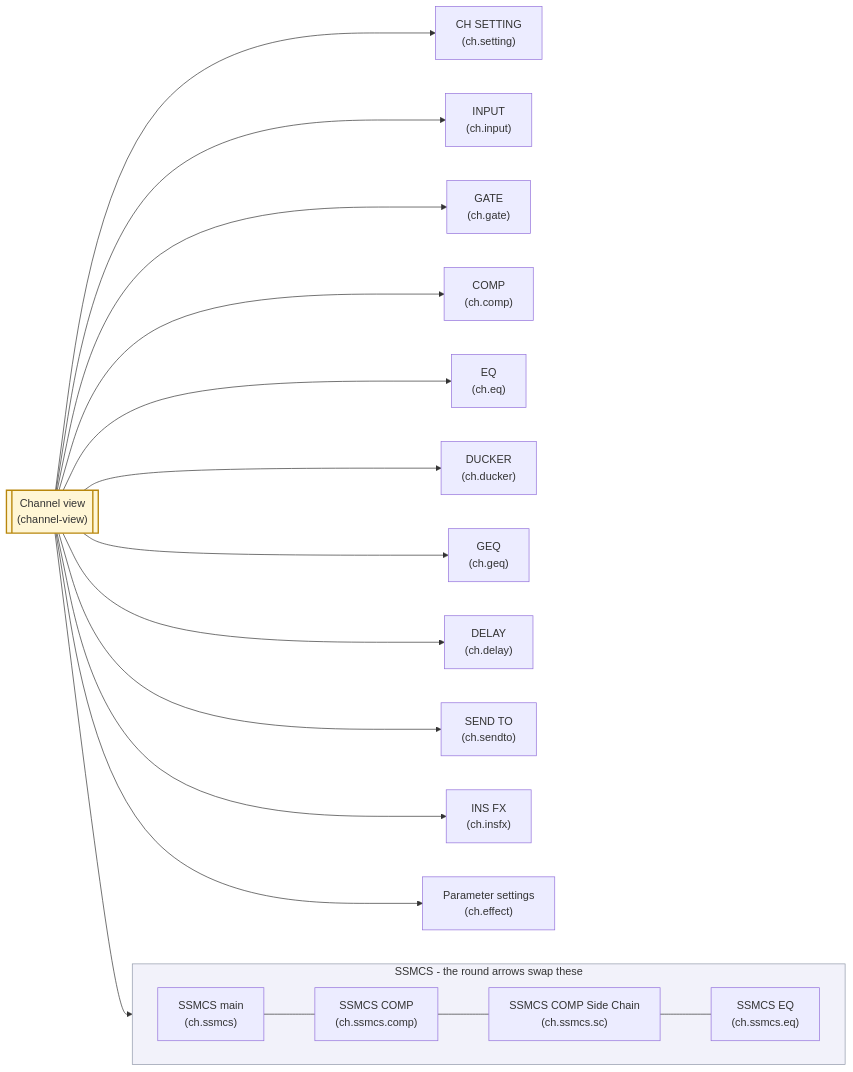
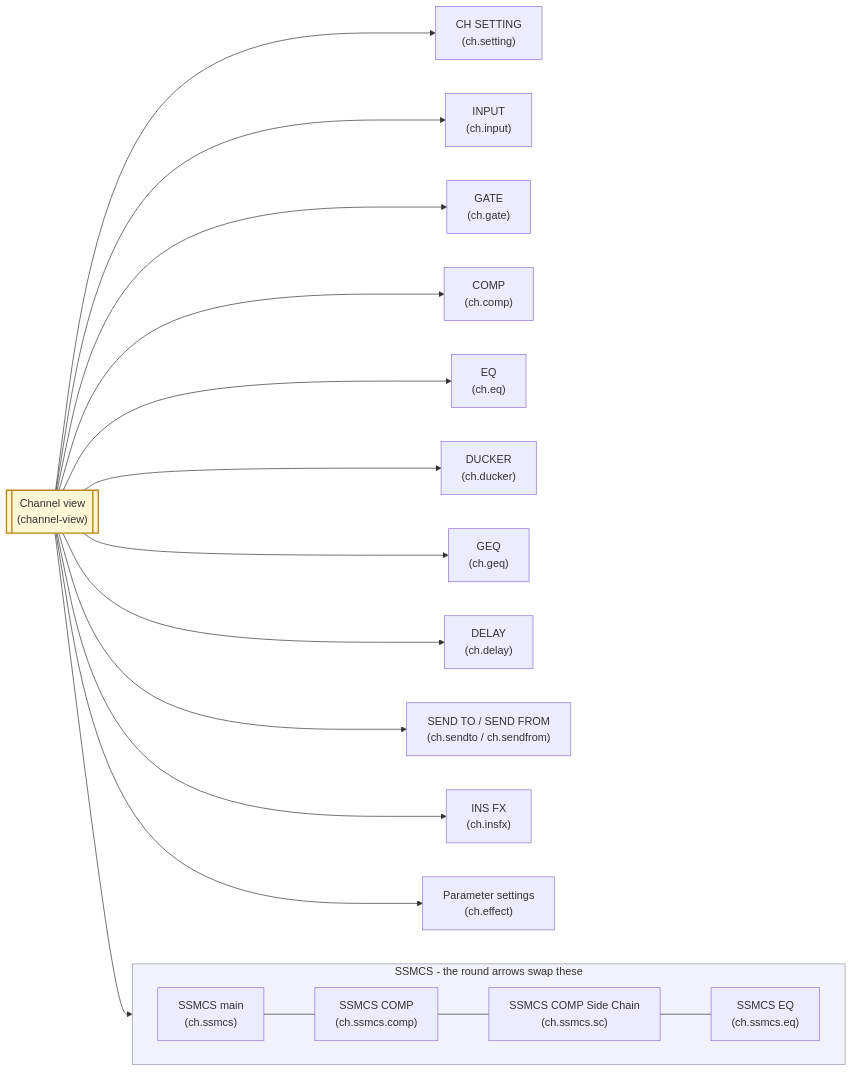
Before and after one commit to semnil/urx-lcd-sim: the second of 3 diagrams in docs/en/screen-map.md, drawn with Mermaid. The commit also changed 16 other files, not shown here.

````diff
--- a/docs/en/screen-map.md
+++ b/docs/en/screen-map.md
@@ -33,27 +33,27 @@
 ```mermaid
 flowchart LR
   CV[["Channel view<br>(channel-view)"]]:::ref
   CV --> CHSET["CH SETTING<br>(ch.setting)"]
   CV --> CHIN["INPUT<br>(ch.input)"]
   CV --> GATE["GATE<br>(ch.gate)"]
   CV --> COMP["COMP<br>(ch.comp)"]
   CV --> EQ["EQ<br>(ch.eq)"]
   CV --> DUCK["DUCKER<br>(ch.ducker)"]
   CV --> GEQ["GEQ<br>(ch.geq)"]
   CV --> DLY["DELAY<br>(ch.delay)"]
-  CV --> SENDTO["SEND TO<br>(ch.sendto)"]
+  CV --> SENDTO["SEND TO / SEND FROM<br>(ch.sendto / ch.sendfrom)"]
   CV --> INS["INS FX<br>(ch.insfx)"]
   CV --> FXP["Parameter settings<br>(ch.effect)"]
   CV --> SSM
 
   subgraph SSMCS["SSMCS - the round arrows swap these"]
     direction LR
     SSM["SSMCS main<br>(ch.ssmcs)"]
     SSC["SSMCS COMP<br>(ch.ssmcs.comp)"]
     SSS["SSMCS COMP Side Chain<br>(ch.ssmcs.sc)"]
     SSE["SSMCS EQ<br>(ch.ssmcs.eq)"]
     SSM --- SSC --- SSS --- SSE
   end
   style SSMCS fill:#f2f2fa,stroke:#9098a8;
   classDef ref fill:#fff6d5,stroke:#b8860b,stroke-width:2px;
 ```
````
